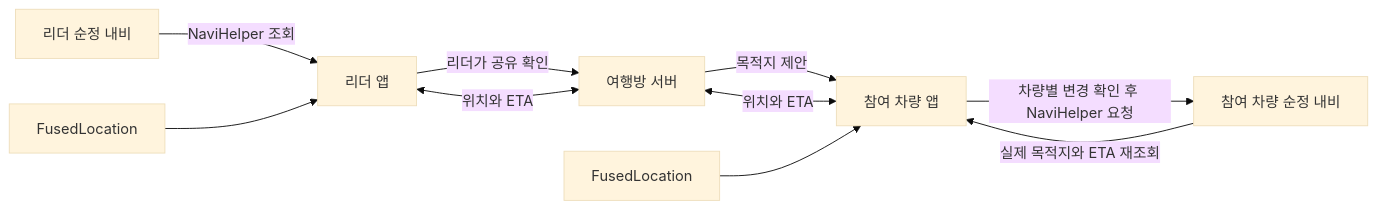
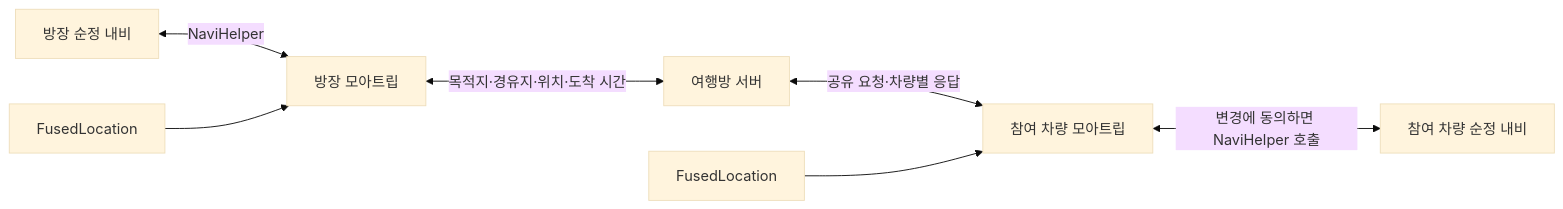
One commit to Daeho-AI/moa-trip changed the diagram in README.md. Above: the diagram before and after it, drawn with Mermaid (base theme). The commit also changed other lines of this file and 23 other files, not shown here.

````diff
--- a/README.md
+++ b/README.md
@@ -78,12 +26,9 @@
 ```mermaid
 flowchart LR
-  NA[리더 순정 내비] -->|NaviHelper 조회| A[리더 앱]
-  A -->|리더가 공유 확인| S[여행방 서버]
-  S -->|목적지 제안| B[참여 차량 앱]
-  B -->|차량별 변경 확인 후 NaviHelper 요청| NB[참여 차량 순정 내비]
-  NB -->|실제 목적지와 ETA 재조회| B
-  LA[FusedLocation] --> A
-  LB[FusedLocation] --> B
-  A <-->|위치와 ETA| S
-  B <-->|위치와 ETA| S
+  N1[방장 순정 내비] <-->|NaviHelper| A[방장 모아트립]
+  A <-->|목적지·경유지·위치·도착 시간| S[여행방 서버]
+  S <-->|공유 요청·차량별 응답| B[참여 차량 모아트립]
+  B <-->|변경에 동의하면 NaviHelper 호출| N2[참여 차량 순정 내비]
+  L1[FusedLocation] --> A
+  L2[FusedLocation] --> B
 ```
````
